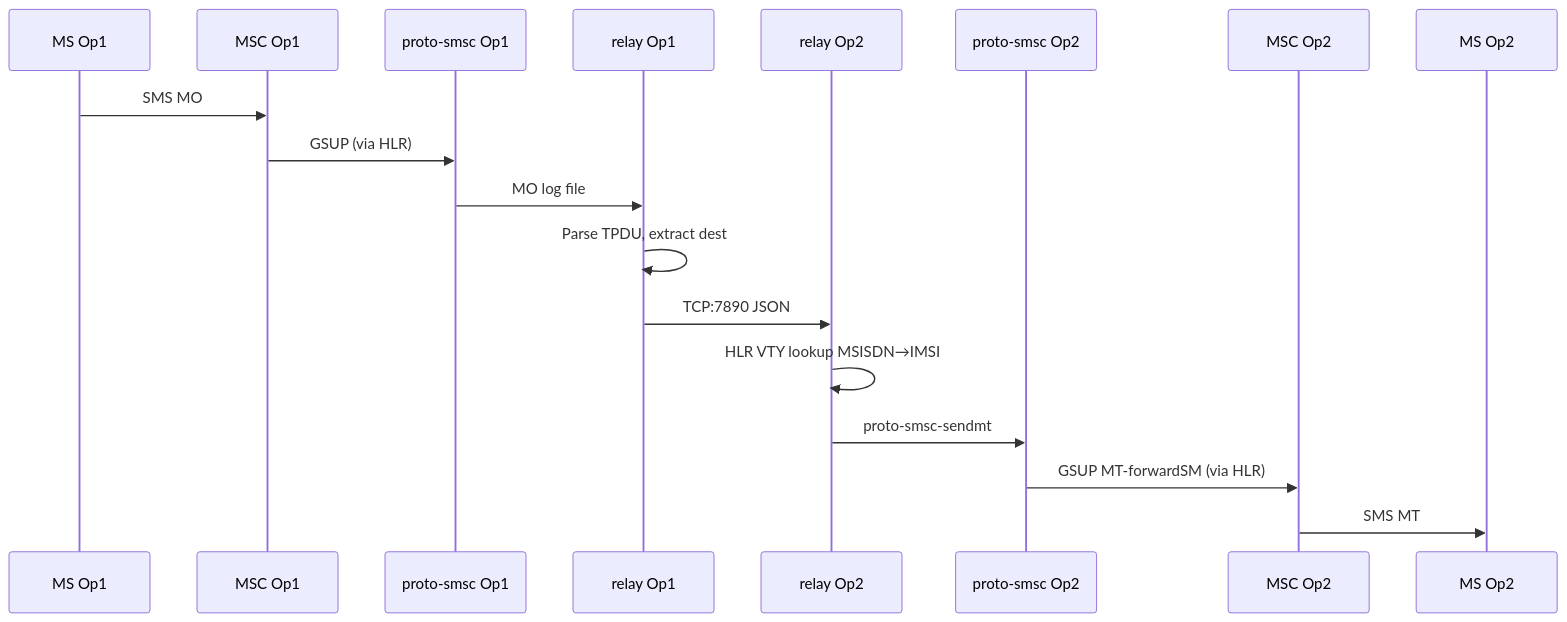
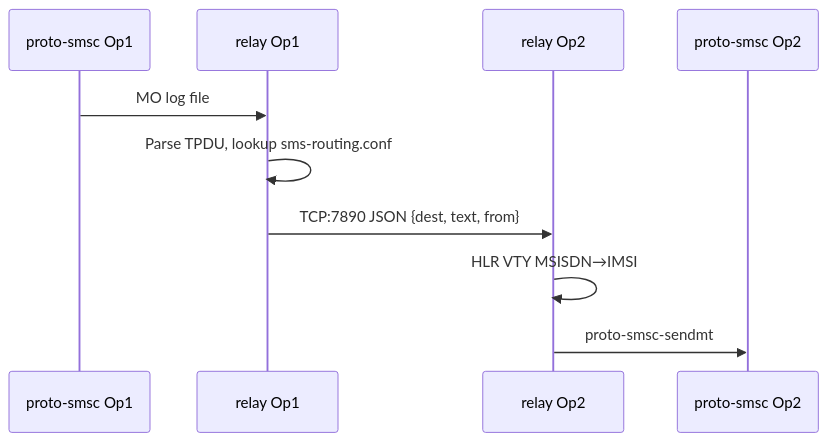
Before and after one commit to bbaranoff/osmo_egprs: the fifth of 5 diagrams in README.md, drawn with Mermaid. The commit also changed other lines of this file and 12 other files, not shown here.

````diff
--- a/README.md
+++ b/README.md
@@ -359,21 +238,13 @@
 ```mermaid
 sequenceDiagram
-    participant UE_A as MS Op1
-    participant MSC_A as MSC Op1
     participant SMSC_A as proto-smsc Op1
     participant RELAY_A as relay Op1
     participant RELAY_B as relay Op2
     participant SMSC_B as proto-smsc Op2
-    participant MSC_B as MSC Op2
-    participant UE_B as MS Op2
 
-    UE_A->>MSC_A: SMS MO
-    MSC_A->>SMSC_A: GSUP (via HLR)
     SMSC_A->>RELAY_A: MO log file
-    RELAY_A->>RELAY_A: Parse TPDU, extract dest
-    RELAY_A->>RELAY_B: TCP:7890 JSON
-    RELAY_B->>RELAY_B: HLR VTY lookup MSISDN→IMSI
+    RELAY_A->>RELAY_A: Parse TPDU, lookup sms-routing.conf
+    RELAY_A->>RELAY_B: TCP:7890 JSON {dest, text, from}
+    RELAY_B->>RELAY_B: HLR VTY MSISDN→IMSI
     RELAY_B->>SMSC_B: proto-smsc-sendmt
-    SMSC_B->>MSC_B: GSUP MT-forwardSM (via HLR)
-    MSC_B->>UE_B: SMS MT
 ```
````
